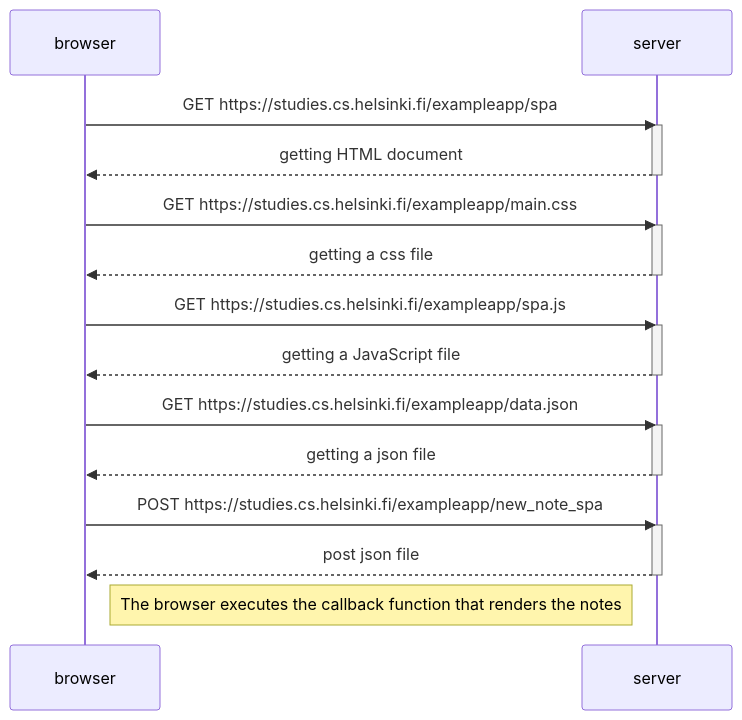
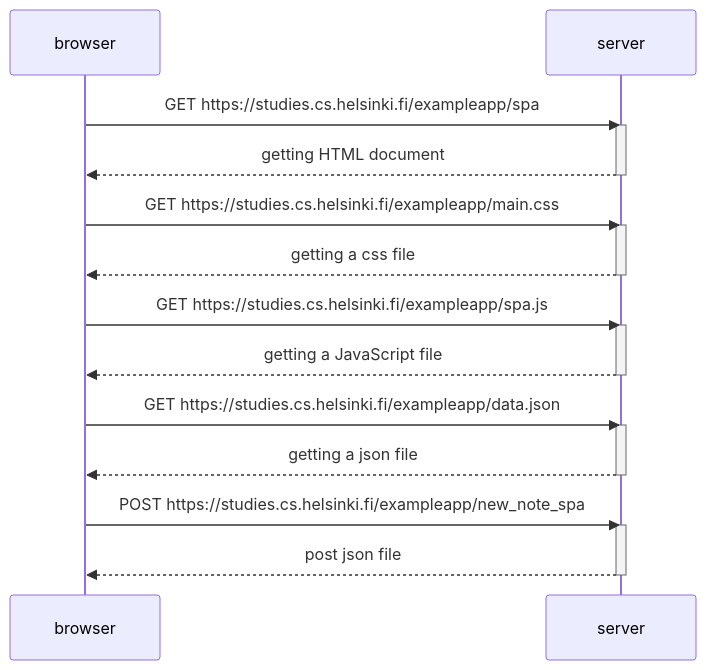
One commit to xXXkkmXx/FullStackKowalczyk changed the diagram in part0/one page app diagram.md. Above: the diagram before and after it, drawn with Mermaid.

Commit message:
Update one page app diagram.md

````diff
--- a/part0/one page app diagram.md
+++ b/part0/one page app diagram.md
@@ -1,33 +1,31 @@
 ``` mermaid
 sequenceDiagram
     participant browser
     participant server
 
     browser->>server: GET https://studies.cs.helsinki.fi/exampleapp/spa
     activate server
     server-->>browser: getting HTML document
     deactivate server
 
     browser->>server: GET https://studies.cs.helsinki.fi/exampleapp/main.css
     activate server
     server-->>browser: getting a  css file
     deactivate server
 
     browser->>server: GET https://studies.cs.helsinki.fi/exampleapp/spa.js
     activate server
     server-->>browser: getting a  JavaScript file
     deactivate server
 
     browser->>server: GET https://studies.cs.helsinki.fi/exampleapp/data.json
     activate server
     server-->>browser: getting a json file
     deactivate server
 
     browser->>server: POST https://studies.cs.helsinki.fi/exampleapp/new_note_spa
     activate server
     server-->>browser: post json file
     deactivate server
-
-    Note right of browser: The browser executes the callback function that renders the notes
     
 ```
````
